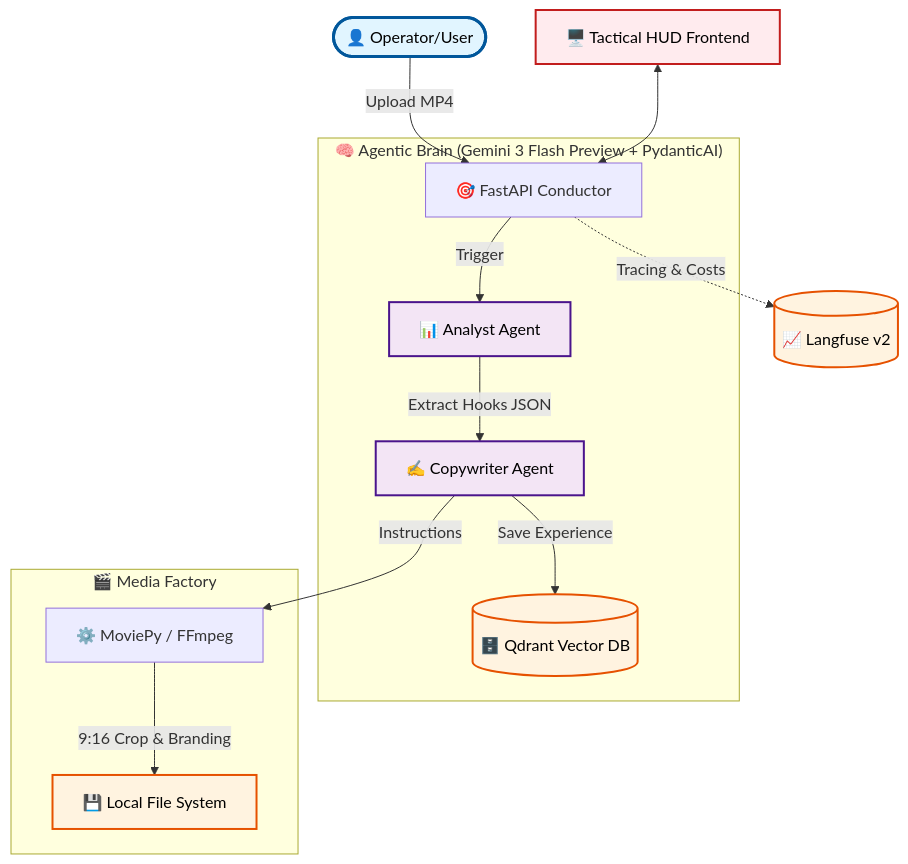
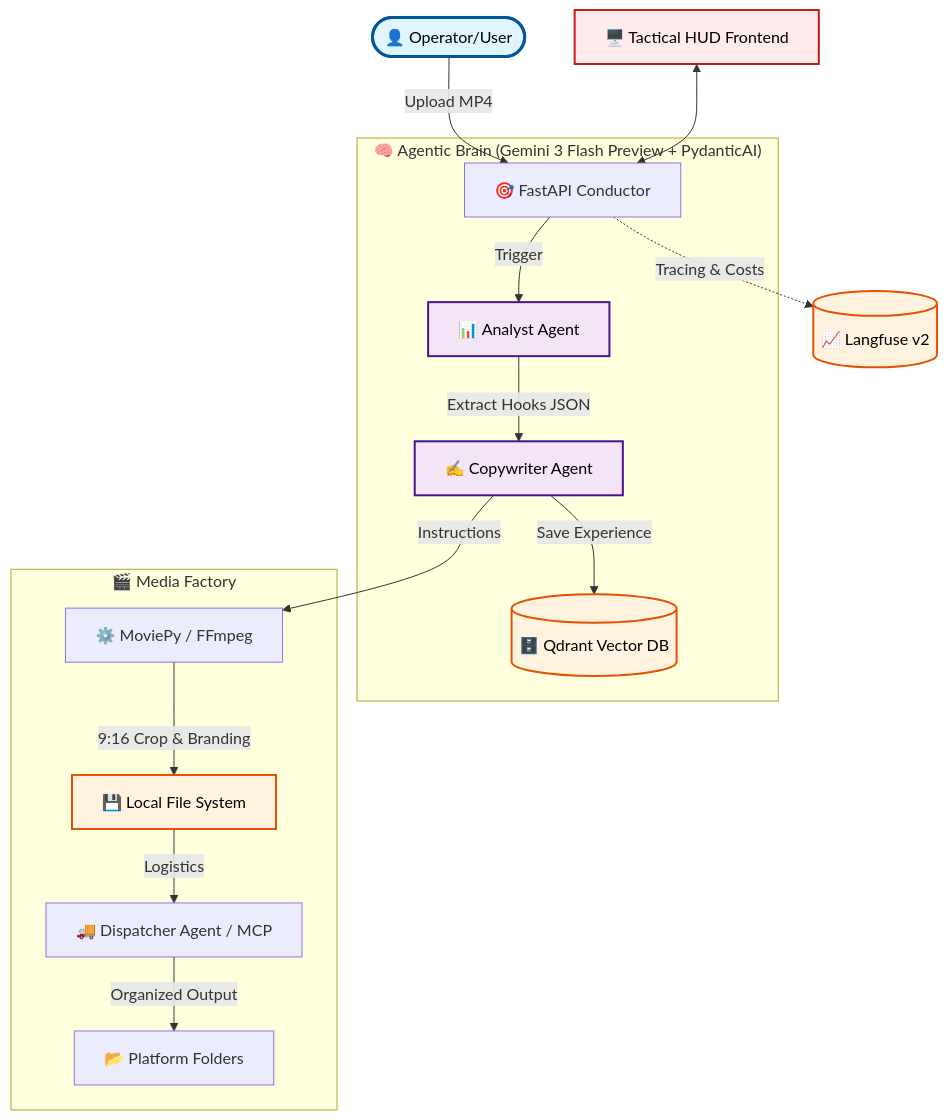
Before and after one commit to takzen/omni-operator-v1: the diagram in README.md, drawn with Mermaid. The commit also changed other lines of this file and 6 other files, not shown here.

````diff
--- a/README.md
+++ b/README.md
@@ -70,28 +71,30 @@
 ```mermaid
 graph TD
     User([👤 Operator/User]) -->|Upload MP4| API[🎯 FastAPI Conductor]
     UI[🖥️ Tactical HUD Frontend] <--> API
 
     subgraph Brain["🧠 Agentic Brain (Gemini 3 Flash Preview + PydanticAI)"]
         API -->|Trigger| Analyst[📊 Analyst Agent]
         Analyst -->|Extract Hooks JSON| Copywriter[✍️ Copywriter Agent]
         Copywriter -->|Save Experience| Memory[(🗄️ Qdrant Vector DB)]
     end
 
     subgraph Factory["🎬 Media Factory"]
         Copywriter -->|Instructions| VideoEngine[⚙️ MoviePy / FFmpeg]
         VideoEngine -->|9:16 Crop & Branding| Storage[💾 Local File System]
+        Storage -->|Logistics| Dispatcher[🚚 Dispatcher Agent / MCP]
+        Dispatcher -->|Organized Output| Final[📂 Platform Folders]
     end
 
     API -.->|Tracing & Costs| Langfuse[(📈 Langfuse v2)]
 
     classDef userNode fill:#e1f5ff,stroke:#01579b,stroke-width:3px,color:#000
     classDef uiNode fill:#ffebee,stroke:#c21d1d,stroke-width:2px,color:#000
     classDef agentNode fill:#f3e5f5,stroke:#4a148c,stroke-width:2px,color:#000
     classDef storageNode fill:#fff3e0,stroke:#e65100,stroke-width:2px,color:#000
 
     class User userNode
     class UI uiNode
     class Analyst,Copywriter agentNode
     class Memory,Storage,Langfuse storageNode
 ```
````
